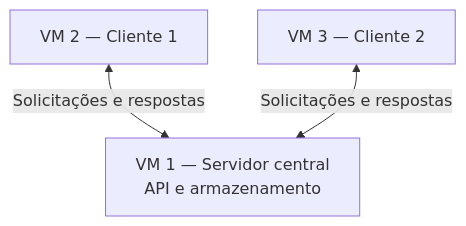
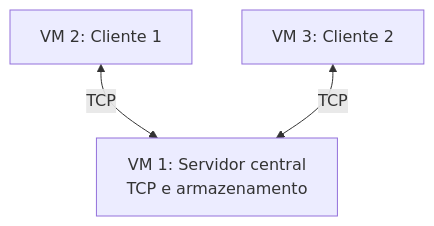
One commit to raipbarboza/Projeto-Sistemas-Distribuidos changed the diagram in README.md. Above: the diagram before and after it, drawn with Mermaid. The commit also changed other lines of this file, not shown here.

````diff
--- a/README.md
+++ b/README.md
@@ -18,8 +15,8 @@
 ```mermaid
 flowchart TB
-    S[VM 1 — Servidor central\nAPI e armazenamento]
-    C1[VM 2 — Cliente 1]
-    C2[VM 3 — Cliente 2]
-    C1 <-->|Solicitações e respostas| S
-    C2 <-->|Solicitações e respostas| S
+    S["VM 1: Servidor central<br/>TCP e armazenamento"]
+    C1["VM 2: Cliente 1"]
+    C2["VM 3: Cliente 2"]
+    C1 <-->|TCP| S
+    C2 <-->|TCP| S
 ```
````
